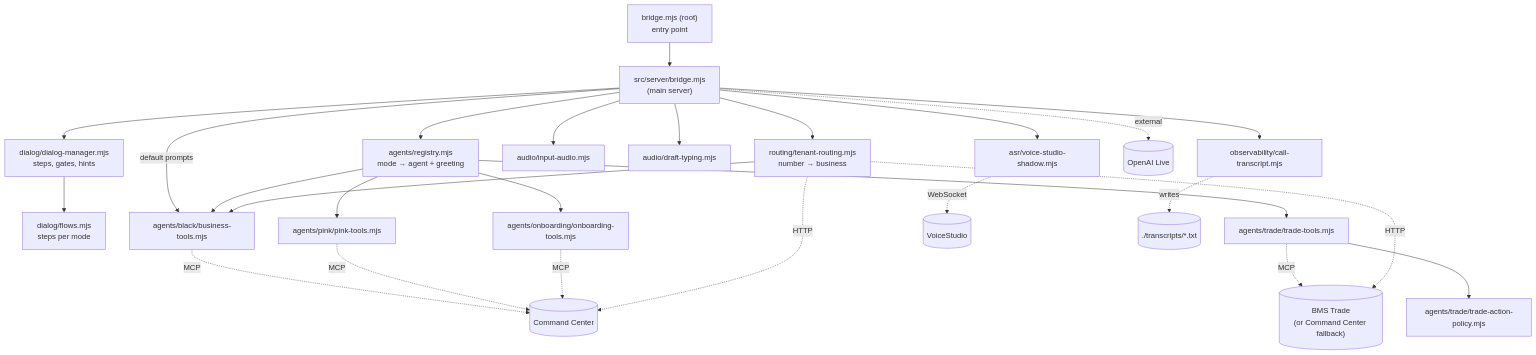
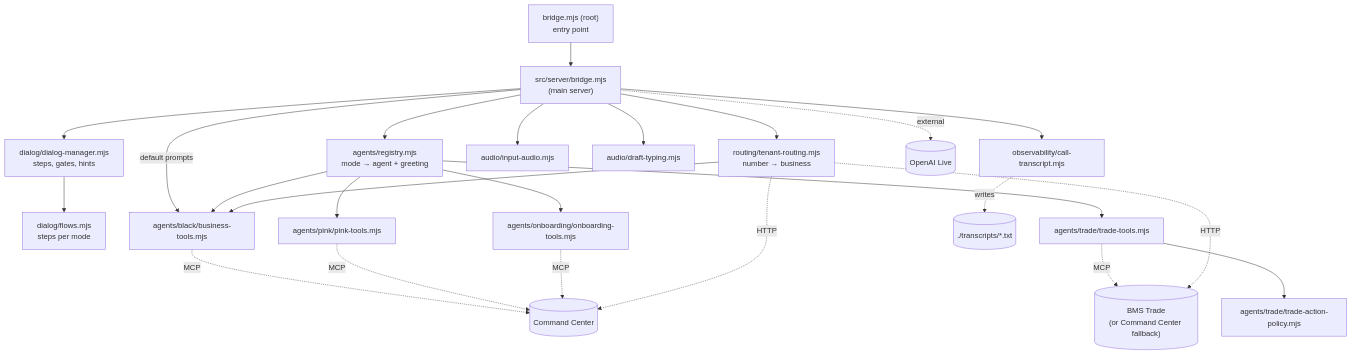
Before and after one commit to softdevglobal/bmspro-voice-bridge: the second of 10 diagrams in docs/FUNCTIONS_AND_FLOW.md, drawn with Mermaid. The commit also changed other lines of this file and 22 other files, not shown here.

````diff
--- a/docs/FUNCTIONS_AND_FLOW.md
+++ b/docs/FUNCTIONS_AND_FLOW.md
@@ -322,30 +319,28 @@
 ```mermaid
 graph TD
     entry["bridge.mjs (root)<br/>entry point"] --> bridge["src/server/bridge.mjs<br/>(main server)"]
 
     bridge --> tenant["routing/tenant-routing.mjs<br/>number → business"]
     bridge --> registry["agents/registry.mjs<br/>mode → agent + greeting"]
     bridge --> dialog["dialog/dialog-manager.mjs<br/>steps, gates, hints"]
     dialog --> flows["dialog/flows.mjs<br/>steps per mode"]
     bridge -->|default prompts| black
     registry --> black["agents/black/business-tools.mjs"]
     registry --> trade["agents/trade/trade-tools.mjs"]
     registry --> pink["agents/pink/pink-tools.mjs"]
     registry --> onb["agents/onboarding/onboarding-tools.mjs"]
     trade --> policy["agents/trade/trade-action-policy.mjs"]
     tenant --> black
     bridge --> audio["audio/input-audio.mjs"]
     bridge --> typing["audio/draft-typing.mjs"]
-    bridge --> shadow["asr/voice-studio-shadow.mjs"]
     bridge --> tx["observability/call-transcript.mjs"]
 
     bridge -. external .-> openai[("OpenAI Live")]
     black -. MCP .-> cc[("Command Center")]
     pink -. MCP .-> cc
     onb -. MCP .-> cc
     trade -. MCP .-> tr[("BMS Trade<br/>(or Command Center fallback)")]
     tenant -. HTTP .-> cc
     tenant -. HTTP .-> tr
-    shadow -. WebSocket .-> vs[("VoiceStudio")]
     tx -. writes .-> disk[("./transcripts/*.txt")]
 ```
````
